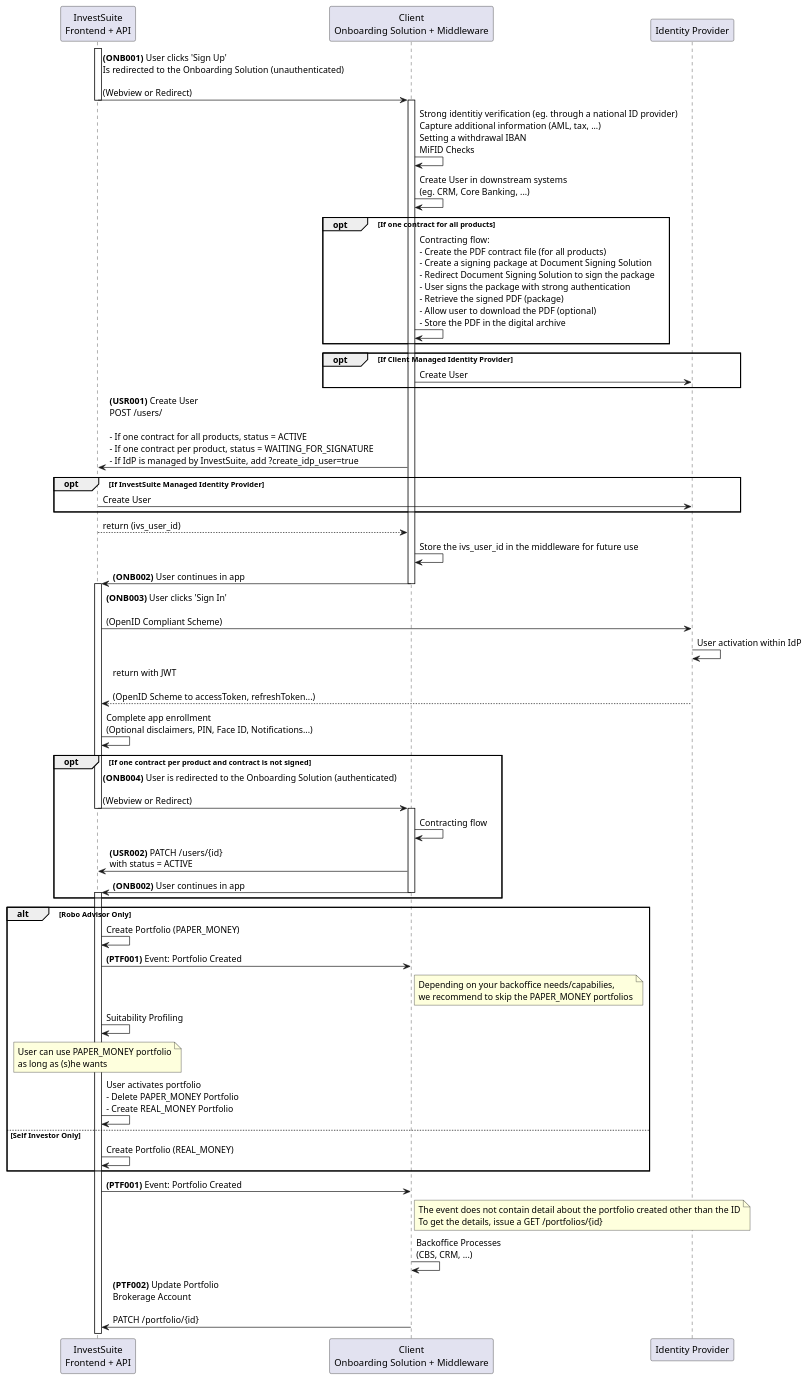
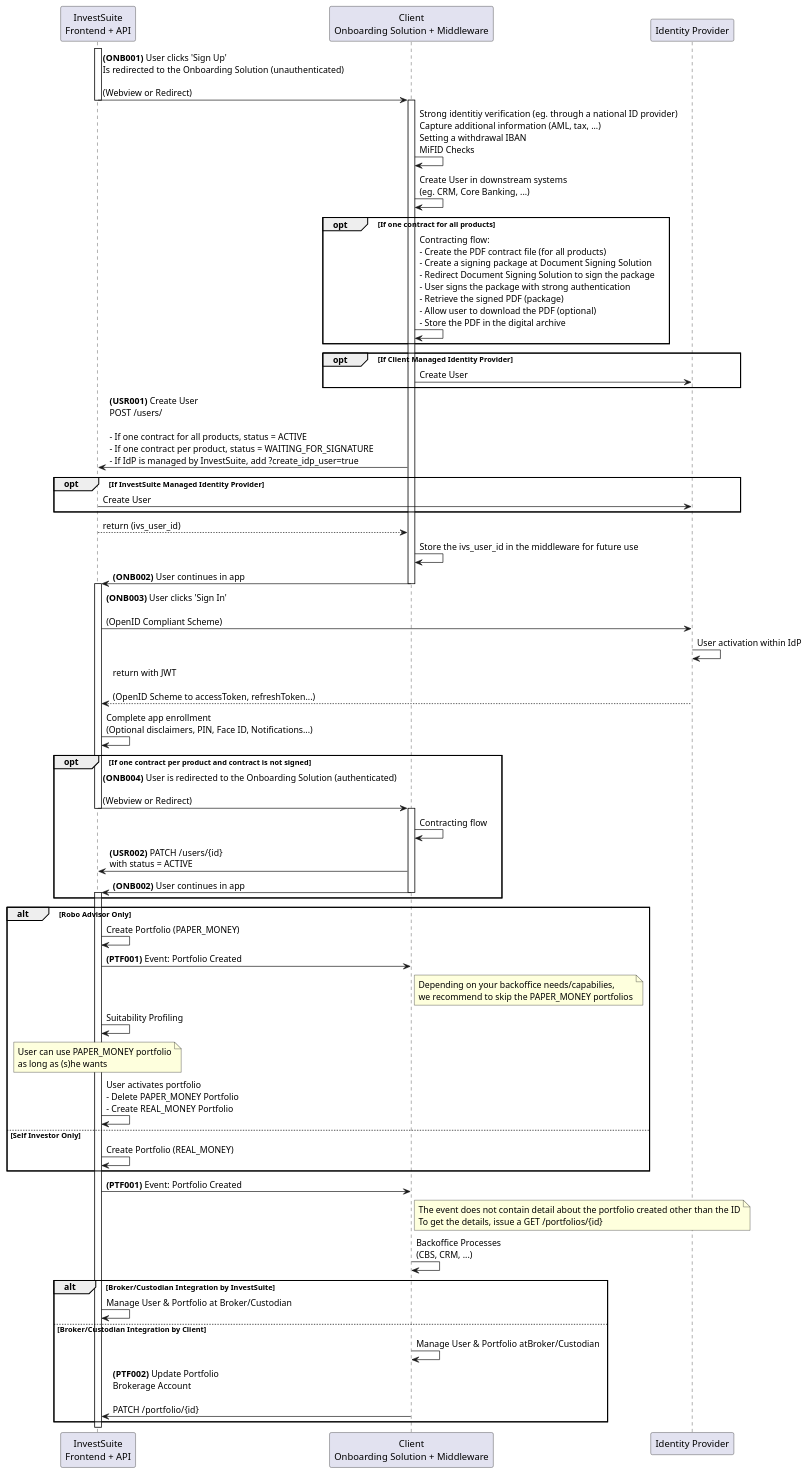
One commit to arcilli/investsuite-api-docs changed the diagram in docs/scenarios/onboarding.puml. Above: the diagram before and after it, drawn with PlantUML. The commit also changed other lines of this file and 1 other file, not shown here.

Commit message:
feat(onborading): Added Broker Integration to Onboarding Docs

```diff
--- a/docs/scenarios/onboarding.puml
+++ b/docs/scenarios/onboarding.puml
@@ -1,77 +1,81 @@
 participant "InvestSuite\nFrontend + API" as _ivs
 participant "Client\nOnboarding Solution + Middleware" as _clt
 participant "Identity Provider" as _idp
 
 activate _ivs
 
 _ivs->_clt:**(ONB001)** User clicks 'Sign Up'\nIs redirected to the Onboarding Solution (unauthenticated)\n\n(Webview or Redirect)
 
 deactivate _ivs
 
 activate _clt
 
 _clt->_clt:Strong identitiy verification (eg. through a national ID provider)\nCapture additional information (AML, tax, ...)\nSetting a withdrawal IBAN\nMiFID Checks
 _clt->_clt:Create User in downstream systems\n(eg. CRM, Core Banking, ...)
 
 opt If one contract for all products
     _clt->_clt:Contracting flow:\n- Create the PDF contract file (for all products)\n- Create a signing package at Document Signing Solution\n- Redirect Document Signing Solution to sign the package\n- User signs the package with strong authentication\n- Retrieve the signed PDF (package)\n- Allow user to download the PDF (optional)\n- Store the PDF in the digital archive
 end
 
 opt If Client Managed Identity Provider
     _clt->_idp:Create User
 end
 
 _clt->_ivs:**(USR001)** Create User\nPOST /users/\n\n- If one contract for all products, status = ACTIVE\n- If one contract per product, status = WAITING_FOR_SIGNATURE\n- If IdP is managed by InvestSuite, add ?create_idp_user=true
 
 opt If InvestSuite Managed Identity Provider
     _ivs->_idp:Create User
 end
 
 _clt<--_ivs:return (ivs_user_id)
 _clt->_clt:Store the ivs_user_id in the middleware for future use
 _ivs<-_clt:**(ONB002)** User continues in app
 
 deactivate _clt
 activate _ivs
 
 _ivs->_idp:**(ONB003)** User clicks 'Sign In'\n\n(OpenID Compliant Scheme)
 
 _idp->_idp:User activation within IdP
 
 _ivs<--_idp:return with JWT\n\n(OpenID Scheme to accessToken, refreshToken...)
 
 _ivs->_ivs:Complete app enrollment\n(Optional disclaimers, PIN, Face ID, Notifications...)
 
 opt If one contract per product and contract is not signed
 
 
 _ivs->_clt:**(ONB004)** User is redirected to the Onboarding Solution (authenticated)\n\n(Webview or Redirect)
 deactivate _ivs
 activate _clt
 _clt->_clt:Contracting flow
 _ivs<-_clt:**(USR002)** PATCH /users/{id}\nwith status = ACTIVE
 
 _ivs<-_clt:**(ONB002)** User continues in app
 deactivate _clt
 activate _ivs
 end
 
 
-
 alt Robo Advisor Only
-_ivs->_ivs:Create Portfolio (PAPER_MONEY)
-_ivs->_clt:**(PTF001)** Event: Portfolio Created
-note right of _clt:Depending on your backoffice needs/capabilies, \nwe recommend to skip the PAPER_MONEY portfolios
-_ivs->_ivs:Suitability Profiling
-note over _ivs:User can use PAPER_MONEY portfolio\nas long as (s)he wants
-_ivs->_ivs:User activates portfolio\n- Delete PAPER_MONEY Portfolio\n- Create REAL_MONEY Portfolio
-
+    _ivs->_ivs:Create Portfolio (PAPER_MONEY)
+    _ivs->_clt:**(PTF001)** Event: Portfolio Created
+    note right of _clt:Depending on your backoffice needs/capabilies, \nwe recommend to skip the PAPER_MONEY portfolios
+    _ivs->_ivs:Suitability Profiling
+    note over _ivs:User can use PAPER_MONEY portfolio\nas long as (s)he wants
+    _ivs->_ivs:User activates portfolio\n- Delete PAPER_MONEY Portfolio\n- Create REAL_MONEY Portfolio
 else Self Investor Only
-_ivs->_ivs:Create Portfolio (REAL_MONEY)
+    _ivs->_ivs:Create Portfolio (REAL_MONEY)
 
 end
 
 _ivs->_clt:**(PTF001)** Event: Portfolio Created
 note right of _clt:The event does not contain detail about the portfolio created other than the ID\nTo get the details, issue a GET /portfolios/{id}
 _clt->_clt:Backoffice Processes\n(CBS, CRM, ...)
-_ivs<-_clt:**(PTF002)** Update Portfolio\nBrokerage Account\n\nPATCH /portfolio/{id}
+
+alt Broker/Custodian Integration by InvestSuite
+    _ivs -> _ivs: Manage User & Portfolio at Broker/Custodian
+else Broker/Custodian Integration by Client
+    _clt->_clt: Manage User & Portfolio atBroker/Custodian
+    _ivs<-_clt:**(PTF002)** Update Portfolio\nBrokerage Account\n\nPATCH /portfolio/{id}
+end
```
